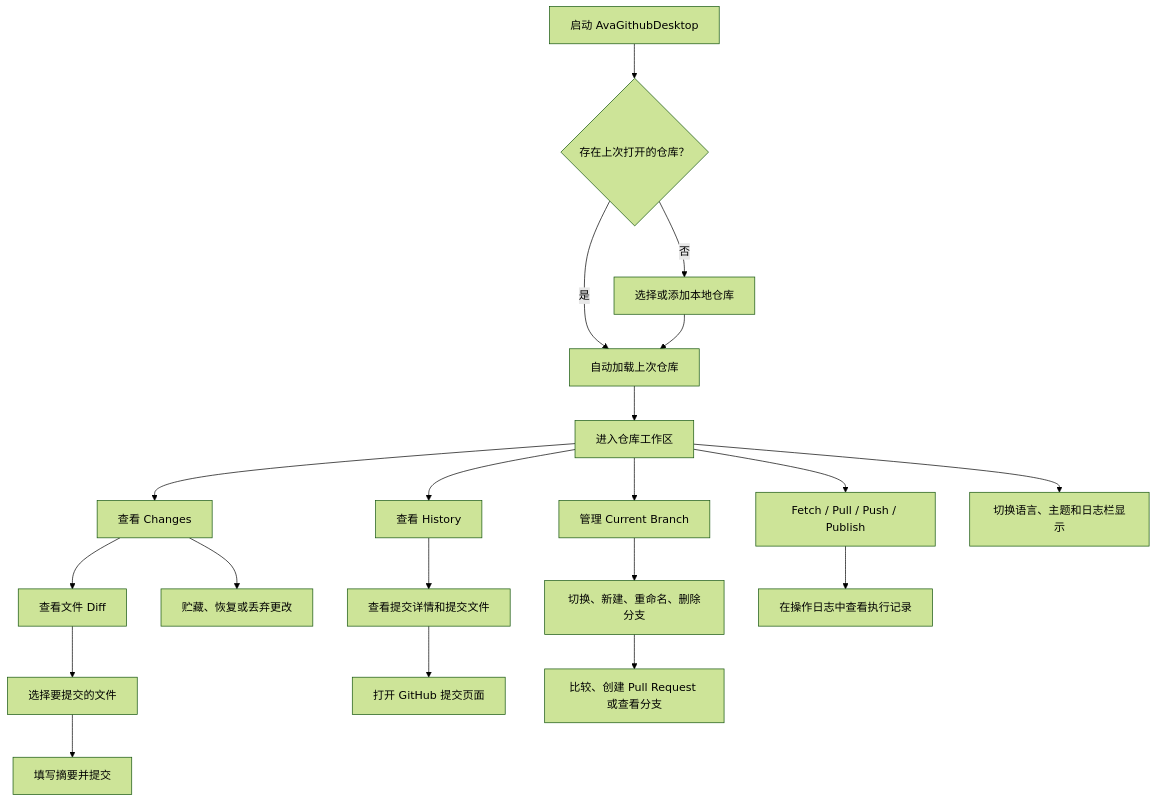
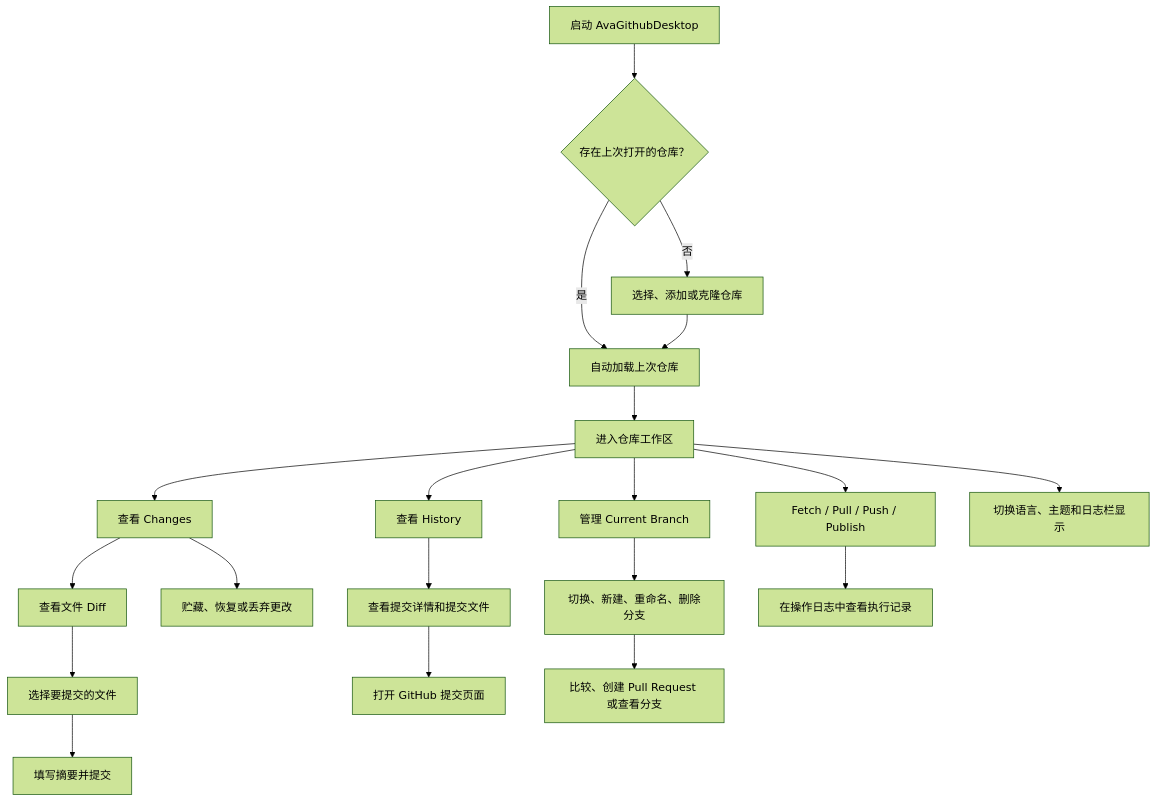
The diagram in docs/AvaGithubDesktop需求文档.md (dotnet9/AvaGithubDesktop), drawn with Mermaid (forest theme) before and after one commit. The commit also changed other lines of this file and 19 other files, not shown here.

Commit message:
feat: add repository clone flow

````diff
--- a/docs/AvaGithubDesktop需求文档.md
+++ b/docs/AvaGithubDesktop需求文档.md
@@ -34,22 +34,22 @@
 ```mermaid
 flowchart TD
     Start["启动 AvaGithubDesktop"] --> Restore{"存在上次打开的仓库？"}
     Restore -->|是| LoadRepo["自动加载上次仓库"]
-    Restore -->|否| PickRepo["选择或添加本地仓库"]
+    Restore -->|否| PickRepo["选择、添加或克隆仓库"]
     PickRepo --> LoadRepo
     LoadRepo --> Workspace["进入仓库工作区"]
     Workspace --> Changes["查看 Changes"]
     Workspace --> History["查看 History"]
     Workspace --> Branch["管理 Current Branch"]
     Workspace --> Sync["Fetch / Pull / Push / Publish"]
     Changes --> ReviewDiff["查看文件 Diff"]
     ReviewDiff --> SelectFiles["选择要提交的文件"]
     SelectFiles --> Commit["填写摘要并提交"]
     Changes --> Stash["贮藏、恢复或丢弃更改"]
     History --> CommitDetail["查看提交详情和提交文件"]
     CommitDetail --> OpenCommit["打开 GitHub 提交页面"]
     Branch --> BranchOps["切换、新建、重命名、删除分支"]
     BranchOps --> BranchGitHub["比较、创建 Pull Request 或查看分支"]
     Sync --> OperationLog["在操作日志中查看执行记录"]
     Workspace --> Settings["切换语言、主题和日志栏显示"]
 ```
````
